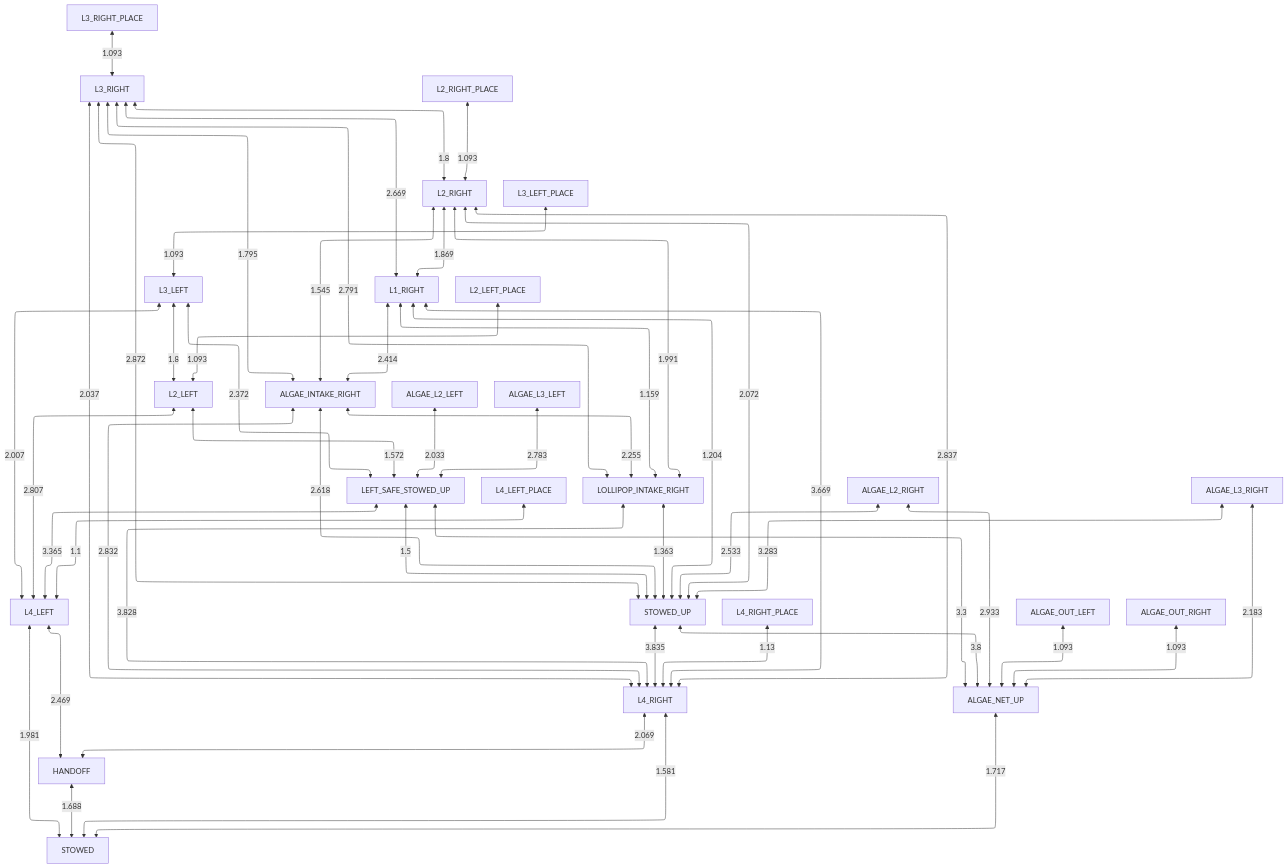
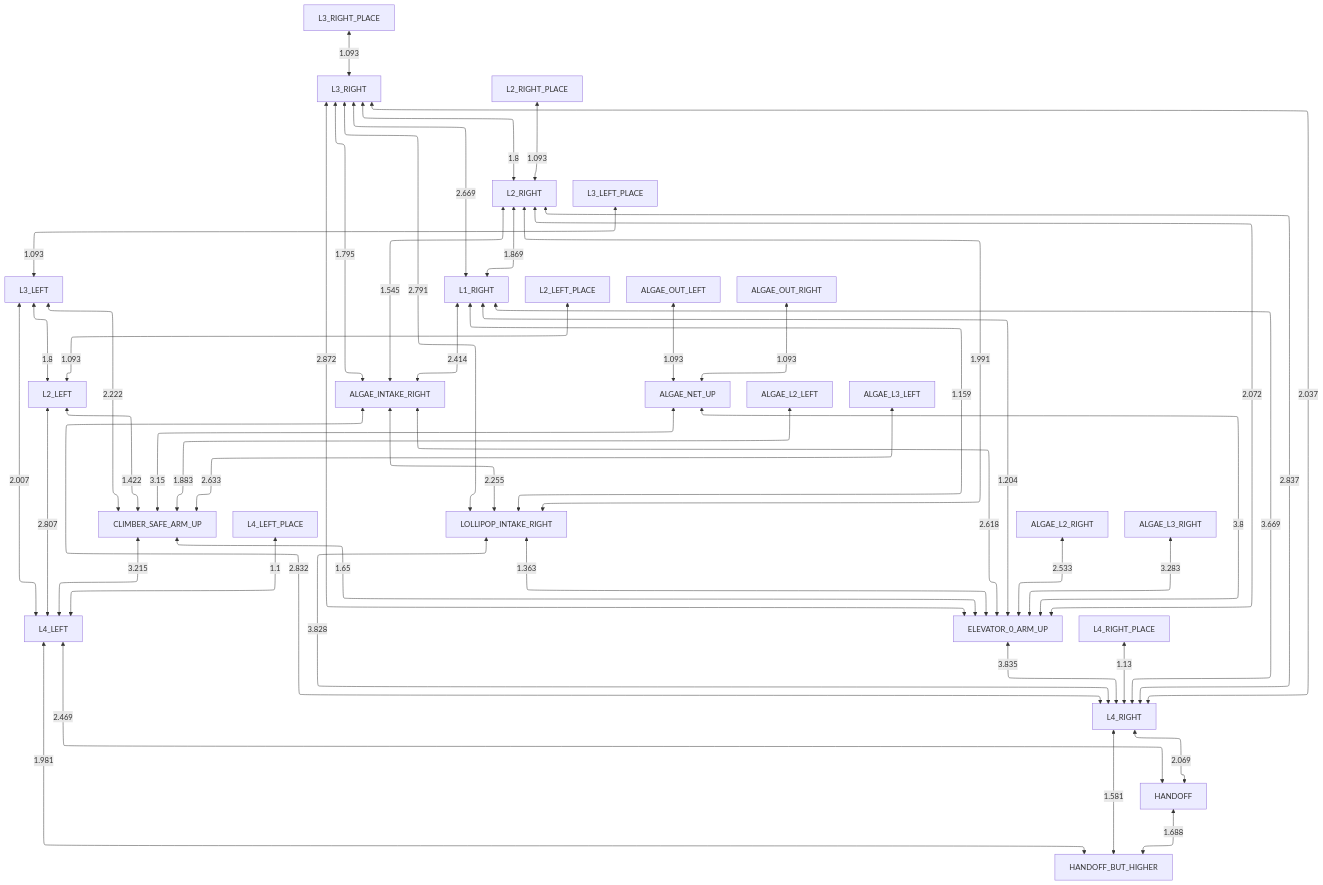
Before and after one commit to team581/2025-beta: the diagram in docs/collision_avoidance/left_obstructed.md, drawn with Mermaid. The commit also changed 6 other files, not shown here.

````diff
--- a/docs/collision_avoidance/left_obstructed.md
+++ b/docs/collision_avoidance/left_obstructed.md
@@ -3,55 +3,52 @@
 ```mermaid
 %%{ init: { "flowchart": { "defaultRenderer": "elk" } } }%%
 graph TD
 
-HANDOFF <-- 1.688 --> STOWED
-L4_LEFT <-- 1.981 --> STOWED
-L4_RIGHT <-- 1.581 --> STOWED
-ALGAE_NET_UP <-- 1.717 --> STOWED
+HANDOFF <-- 1.688 --> HANDOFF_BUT_HIGHER
+L4_LEFT <-- 1.981 --> HANDOFF_BUT_HIGHER
+L4_RIGHT <-- 1.581 --> HANDOFF_BUT_HIGHER
 L4_LEFT <-- 2.469 --> HANDOFF
 L4_RIGHT <-- 2.069 --> HANDOFF
-LEFT_SAFE_STOWED_UP <-- 3.365 --> L4_LEFT
+CLIMBER_SAFE_ARM_UP <-- 3.215 --> L4_LEFT
 L2_LEFT <-- 2.807 --> L4_LEFT
 L3_LEFT <-- 2.007 --> L4_LEFT
 L4_LEFT_PLACE <-- 1.1 --> L4_LEFT
-STOWED_UP <-- 3.835 --> L4_RIGHT
+ELEVATOR_0_ARM_UP <-- 3.835 --> L4_RIGHT
 ALGAE_INTAKE_RIGHT <-- 2.832 --> L4_RIGHT
 LOLLIPOP_INTAKE_RIGHT <-- 3.828 --> L4_RIGHT
 L1_RIGHT <-- 3.669 --> L4_RIGHT
 L2_RIGHT <-- 2.837 --> L4_RIGHT
 L3_RIGHT <-- 2.037 --> L4_RIGHT
 L4_RIGHT_PLACE <-- 1.13 --> L4_RIGHT
-LEFT_SAFE_STOWED_UP <-- 3.3 --> ALGAE_NET_UP
-STOWED_UP <-- 3.8 --> ALGAE_NET_UP
-ALGAE_OUT_LEFT <-- 1.093 --> ALGAE_NET_UP
-ALGAE_OUT_RIGHT <-- 1.093 --> ALGAE_NET_UP
-ALGAE_L2_RIGHT <-- 2.933 --> ALGAE_NET_UP
-ALGAE_L3_RIGHT <-- 2.183 --> ALGAE_NET_UP
-LEFT_SAFE_STOWED_UP <-- 1.5 --> STOWED_UP
-LOLLIPOP_INTAKE_RIGHT <-- 1.363 --> STOWED_UP
-ALGAE_INTAKE_RIGHT <-- 2.618 --> STOWED_UP
-L1_RIGHT <-- 1.204 --> STOWED_UP
-L2_RIGHT <-- 2.072 --> STOWED_UP
-L3_RIGHT <-- 2.872 --> STOWED_UP
-ALGAE_L2_RIGHT <-- 2.533 --> STOWED_UP
-ALGAE_L3_RIGHT <-- 3.283 --> STOWED_UP
-L2_LEFT <-- 1.572 --> LEFT_SAFE_STOWED_UP
-L3_LEFT <-- 2.372 --> LEFT_SAFE_STOWED_UP
-ALGAE_L2_LEFT <-- 2.033 --> LEFT_SAFE_STOWED_UP
-ALGAE_L3_LEFT <-- 2.783 --> LEFT_SAFE_STOWED_UP
+CLIMBER_SAFE_ARM_UP <-- 1.65 --> ELEVATOR_0_ARM_UP
+LOLLIPOP_INTAKE_RIGHT <-- 1.363 --> ELEVATOR_0_ARM_UP
+ALGAE_INTAKE_RIGHT <-- 2.618 --> ELEVATOR_0_ARM_UP
+L1_RIGHT <-- 1.204 --> ELEVATOR_0_ARM_UP
+L2_RIGHT <-- 2.072 --> ELEVATOR_0_ARM_UP
+L3_RIGHT <-- 2.872 --> ELEVATOR_0_ARM_UP
+ALGAE_NET_UP <-- 3.8 --> ELEVATOR_0_ARM_UP
+ALGAE_L2_RIGHT <-- 2.533 --> ELEVATOR_0_ARM_UP
+ALGAE_L3_RIGHT <-- 3.283 --> ELEVATOR_0_ARM_UP
+L2_LEFT <-- 1.422 --> CLIMBER_SAFE_ARM_UP
+L3_LEFT <-- 2.222 --> CLIMBER_SAFE_ARM_UP
+ALGAE_NET_UP <-- 3.15 --> CLIMBER_SAFE_ARM_UP
+ALGAE_L2_LEFT <-- 1.883 --> CLIMBER_SAFE_ARM_UP
+ALGAE_L3_LEFT <-- 2.633 --> CLIMBER_SAFE_ARM_UP
 ALGAE_INTAKE_RIGHT <-- 2.255 --> LOLLIPOP_INTAKE_RIGHT
 L1_RIGHT <-- 1.159 --> LOLLIPOP_INTAKE_RIGHT
 L2_RIGHT <-- 1.991 --> LOLLIPOP_INTAKE_RIGHT
 L3_RIGHT <-- 2.791 --> LOLLIPOP_INTAKE_RIGHT
 L1_RIGHT <-- 2.414 --> ALGAE_INTAKE_RIGHT
 L2_RIGHT <-- 1.545 --> ALGAE_INTAKE_RIGHT
 L3_RIGHT <-- 1.795 --> ALGAE_INTAKE_RIGHT
 L3_LEFT <-- 1.8 --> L2_LEFT
 L2_LEFT_PLACE <-- 1.093 --> L2_LEFT
 L3_LEFT_PLACE <-- 1.093 --> L3_LEFT
+ALGAE_OUT_LEFT <-- 1.093 --> ALGAE_NET_UP
+ALGAE_OUT_RIGHT <-- 1.093 --> ALGAE_NET_UP
 L2_RIGHT <-- 1.869 --> L1_RIGHT
 L3_RIGHT <-- 2.669 --> L1_RIGHT
 L3_RIGHT <-- 1.8 --> L2_RIGHT
 L2_RIGHT_PLACE <-- 1.093 --> L2_RIGHT
 L3_RIGHT_PLACE <-- 1.093 --> L3_RIGHT
 ```
````
